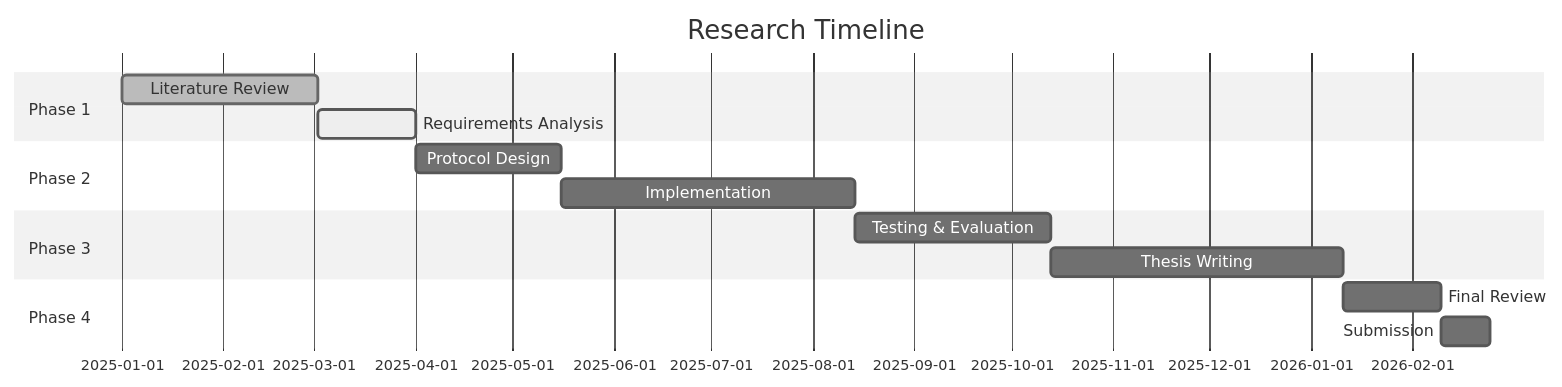
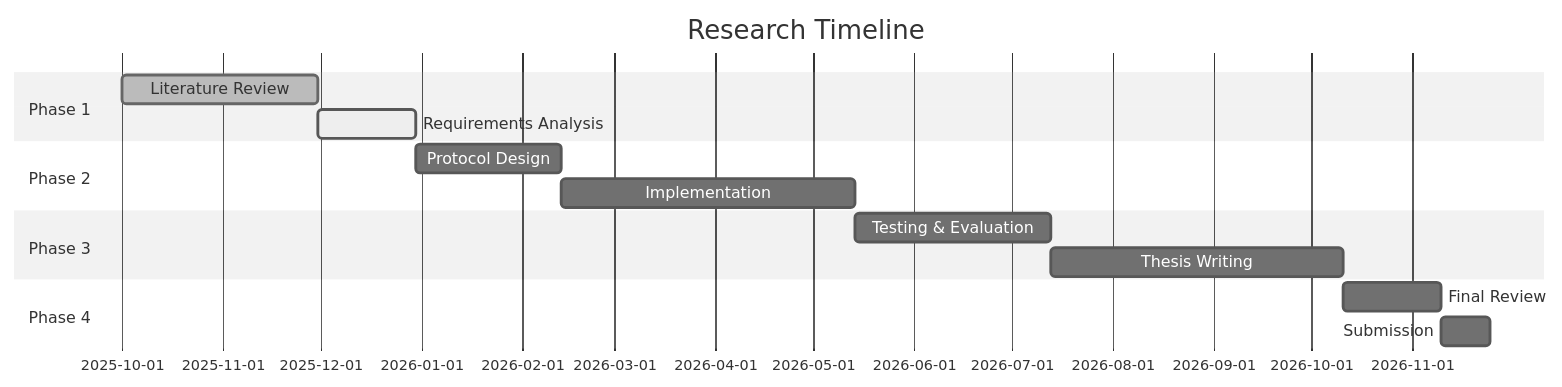
The diagram in README.md (manolaz/tangram-medical-data-protocol-phd-proposal), drawn with Mermaid (neutral theme) before and after one commit. The commit also changed other lines of this file, not shown here.

````diff
--- a/README.md
+++ b/README.md
@@ -90,20 +91,20 @@
 ```mermaid
 gantt
     title Research Timeline
     dateFormat  YYYY-MM-DD
     section Phase 1
-    Literature Review       :done,    des1, 2025-01-01, 60d
+    Literature Review       :done,    des1, 2025-10-01, 60d
     Requirements Analysis   :active,  des2, after des1, 30d
     
     section Phase 2
     Protocol Design        :         des3, after des2, 45d
     Implementation         :         des4, after des3, 90d
     
     section Phase 3
     Testing & Evaluation   :         des5, after des4, 60d
     Thesis Writing         :         des6, after des5, 90d
     
     section Phase 4
     Final Review           :         des7, after des6, 30d
     Submission             :         des8, after des7, 15d
 ```
````
